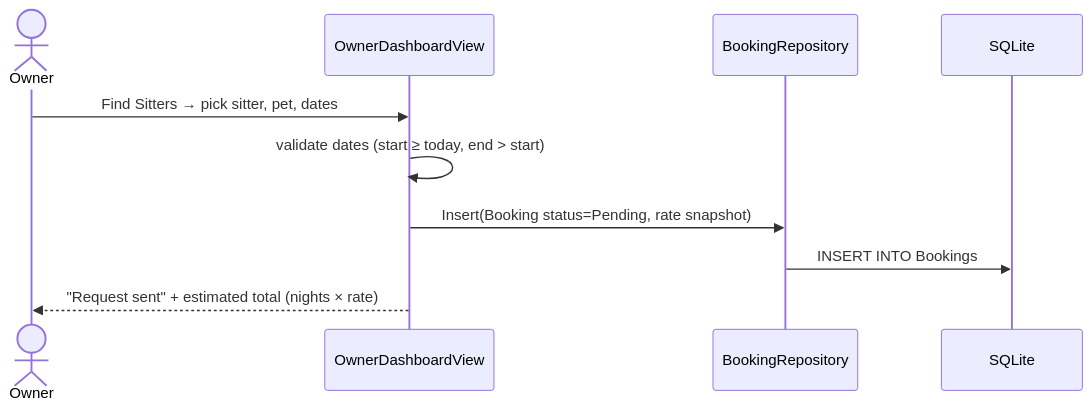
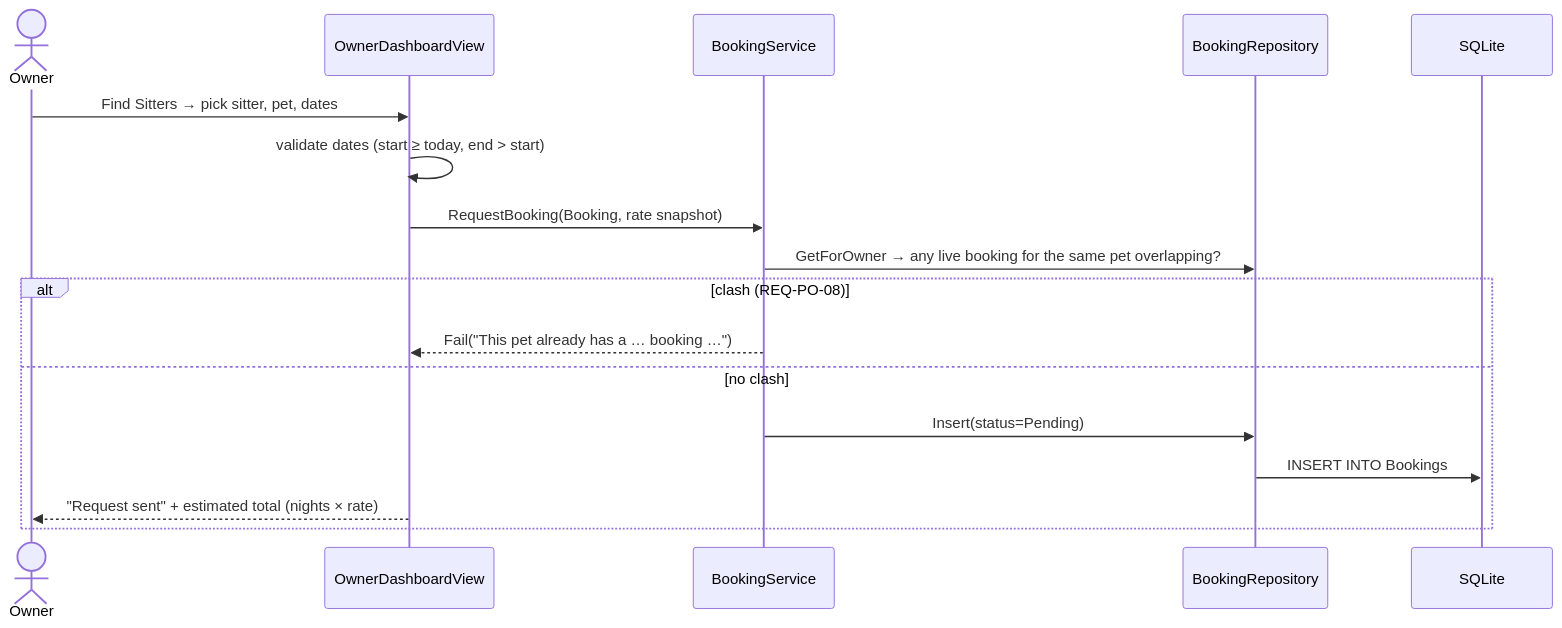
Before and after one commit to Misterdynamite/PetSitters: the third of 3 diagrams in docs/Architecture.md, drawn with Mermaid. The commit also changed other lines of this file and 12 other files, not shown here.

Commit message:
Addressed REQ-PO-08, REQ-PO-07/DEF-003: owner double-booking same pet, owner cancel booking

````diff
--- a/docs/Architecture.md
+++ b/docs/Architecture.md
@@ -229,13 +229,20 @@
 ```mermaid
 sequenceDiagram
     actor Owner
     participant OD as OwnerDashboardView
+    participant BS as BookingService
     participant BR as BookingRepository
     participant DB as SQLite
 
     Owner->>OD: Find Sitters → pick sitter, pet, dates
     OD->>OD: validate dates (start ≥ today, end > start)
-    OD->>BR: Insert(Booking status=Pending, rate snapshot)
-    BR->>DB: INSERT INTO Bookings
-    OD-->>Owner: "Request sent" + estimated total (nights × rate)
+    OD->>BS: RequestBooking(Booking, rate snapshot)
+    BS->>BR: GetForOwner → any live booking for the same pet overlapping?
+    alt clash (REQ-PO-08)
+        BS-->>OD: Fail("This pet already has a … booking …")
+    else no clash
+        BS->>BR: Insert(status=Pending)
+        BR->>DB: INSERT INTO Bookings
+        OD-->>Owner: "Request sent" + estimated total (nights × rate)
+    end
 ```
````
